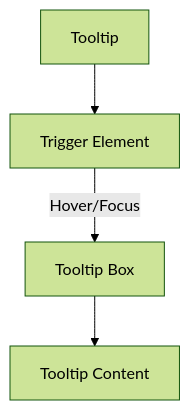
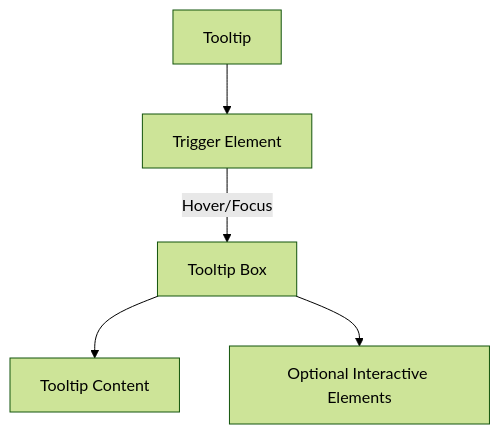
One commit to thedaviddias/ux-patterns-for-developers changed the diagram in content/en/patterns/content-management/tooltip.mdx. Above: the diagram before and after it, drawn with Mermaid (forest theme). The commit also changed other lines of this file and 3 other files, not shown here.

````diff
--- a/content/en/patterns/content-management/tooltip.mdx
+++ b/content/en/patterns/content-management/tooltip.mdx
@@ -48,6 +64,7 @@
 ```mermaid
 graph TD
     A[Tooltip] --> B[Trigger Element]
     B -->|Hover/Focus| C[Tooltip Box]
     C --> D[Tooltip Content]
+    C --> E[Optional Interactive Elements]
 ```
````
